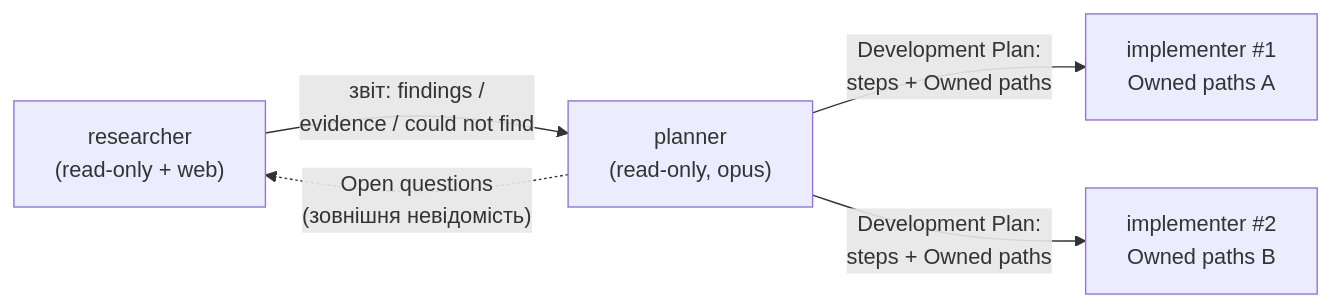
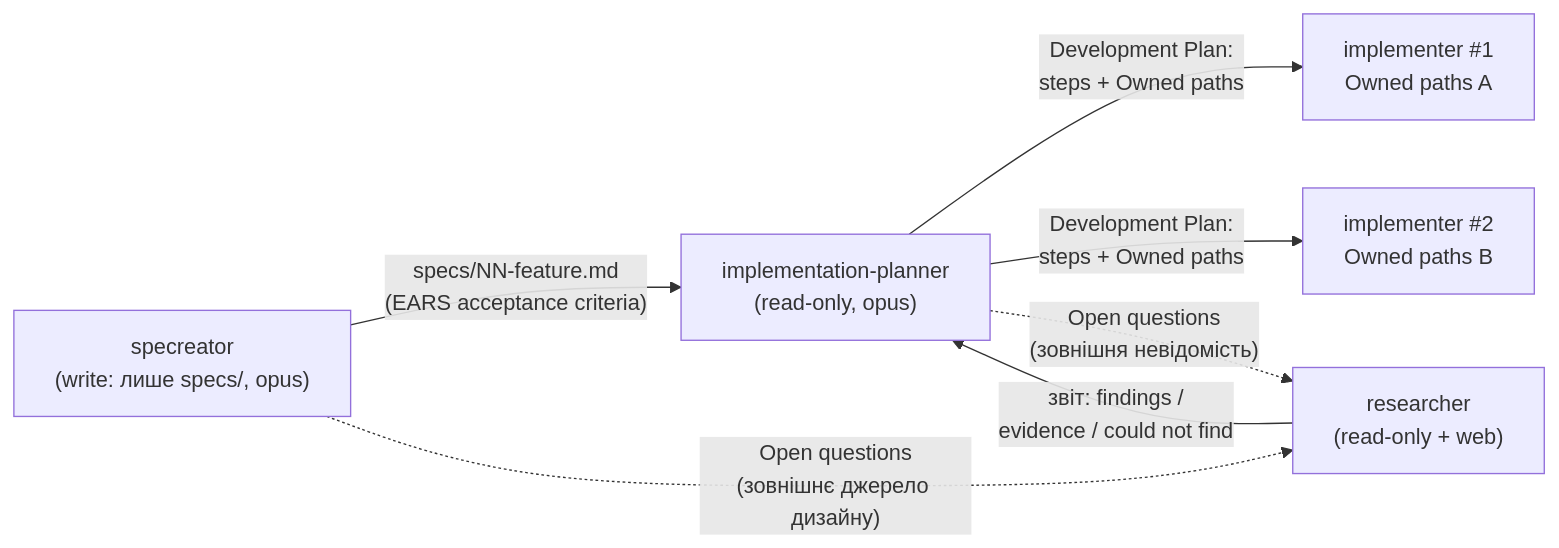
The first of 3 diagrams in .claude/agents/diagrams.md (oivashkov/dev-digest), drawn with Mermaid before and after one commit. The commit also changed other lines of this file and 14 other files, not shown here.

````diff
--- a/.claude/agents/diagrams.md
+++ b/.claude/agents/diagrams.md
@@ -18,12 +19,15 @@
 ```mermaid
 flowchart LR
+  S["specreator<br/>(write: лише specs/, opus)"]
   R["researcher<br/>(read-only + web)"]
-  P["planner<br/>(read-only, opus)"]
+  P["implementation-planner<br/>(read-only, opus)"]
   I1["implementer #1<br/>Owned paths A"]
   I2["implementer #2<br/>Owned paths B"]
 
+  S -- "specs/NN-feature.md<br/>(EARS acceptance criteria)" --> P
+  S -. "Open questions<br/>(зовнішнє джерело дизайну)" .-> R
   R -- "звіт: findings /<br/>evidence / could not find" --> P
   P -- "Development Plan:<br/>steps + Owned paths" --> I1
   P -- "Development Plan:<br/>steps + Owned paths" --> I2
   P -. "Open questions<br/>(зовнішня невідомість)" .-> R
 ```
````
